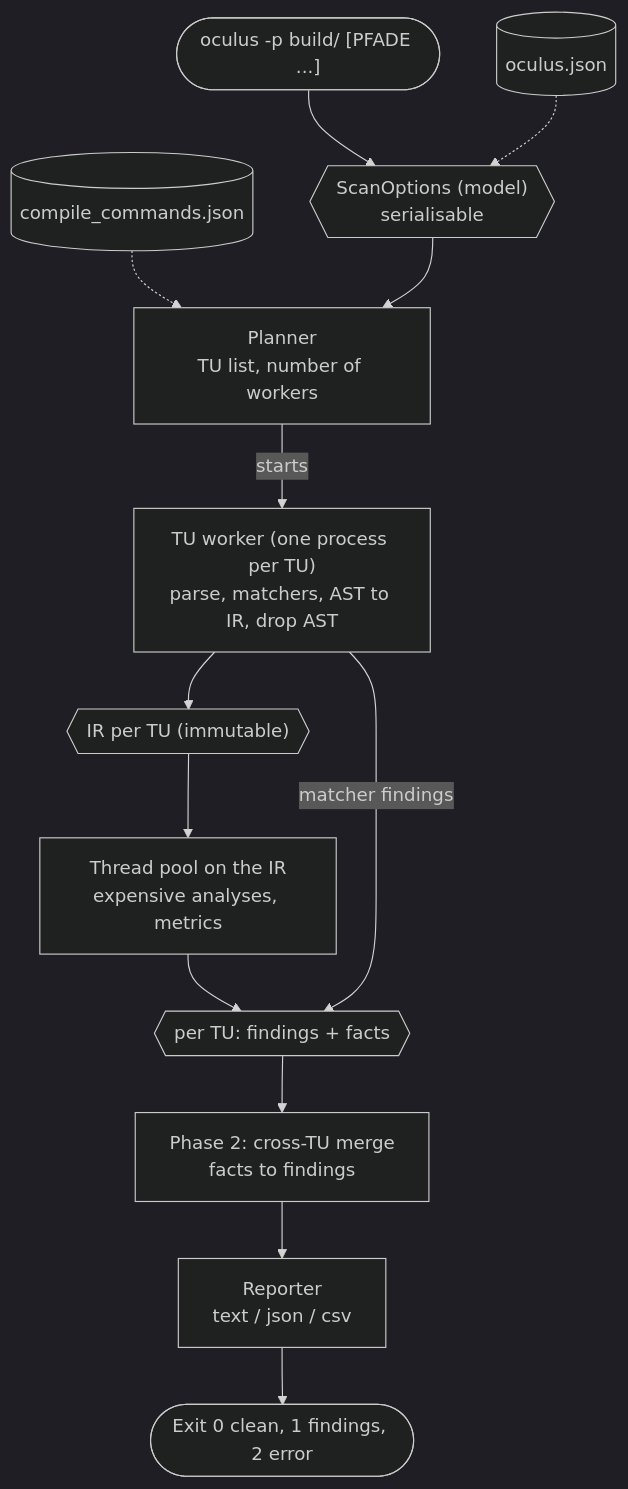
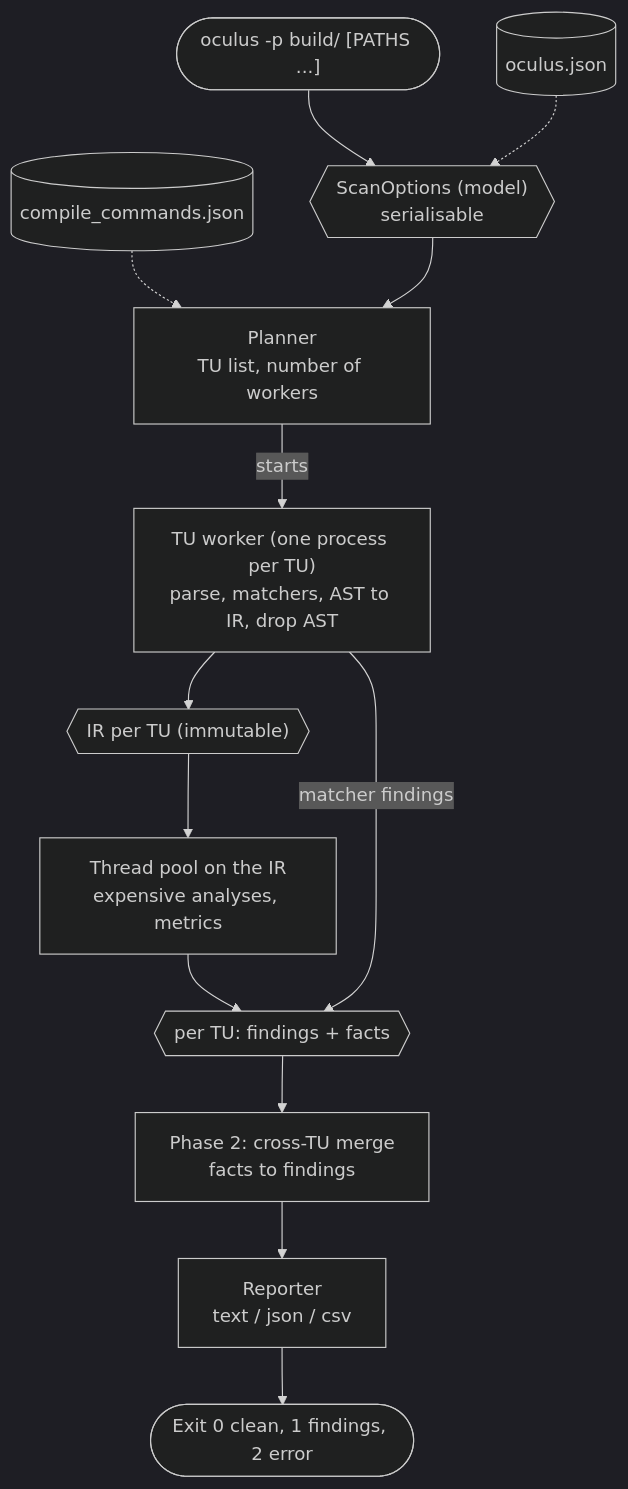
The first of 2 diagrams in doc/architecture.md (Pymann/oculus), drawn with Mermaid (dark theme) before and after one commit. The commit also changed other lines of this file and 1 other file, not shown here.

````diff
--- a/doc/architecture.md
+++ b/doc/architecture.md
@@ -46,27 +46,27 @@
 ```mermaid
 flowchart TD
-    cli(["oculus -p build/ [PFADE ...]"])
+    cli(["oculus -p build/ [PATHS ...]"])
     cfg[("oculus.json")]
     cdb[("compile_commands.json")]
     opts{{"ScanOptions (model)<br/>serialisable"}}
     plan["Planner<br/>TU list, number of workers"]
     w["TU worker (one process per TU)<br/>parse, matchers, AST to IR, drop AST"]
     ir{{"IR per TU (immutable)"}}
     pool["Thread pool on the IR<br/>expensive analyses, metrics"]
     out{{"per TU: findings + facts"}}
     merge["Phase 2: cross-TU merge<br/>facts to findings"]
     rep["Reporter<br/>text / json / csv"]
     exit(["Exit 0 clean, 1 findings, 2 error"])
     cli --> opts
     cfg -.-> opts
     cdb -.-> plan
     opts --> plan
     plan -->|"starts"| w
     w --> ir
     ir --> pool
     pool --> out
     w -->|"matcher findings"| out
     out --> merge
     merge --> rep
     rep --> exit
 ```
````
